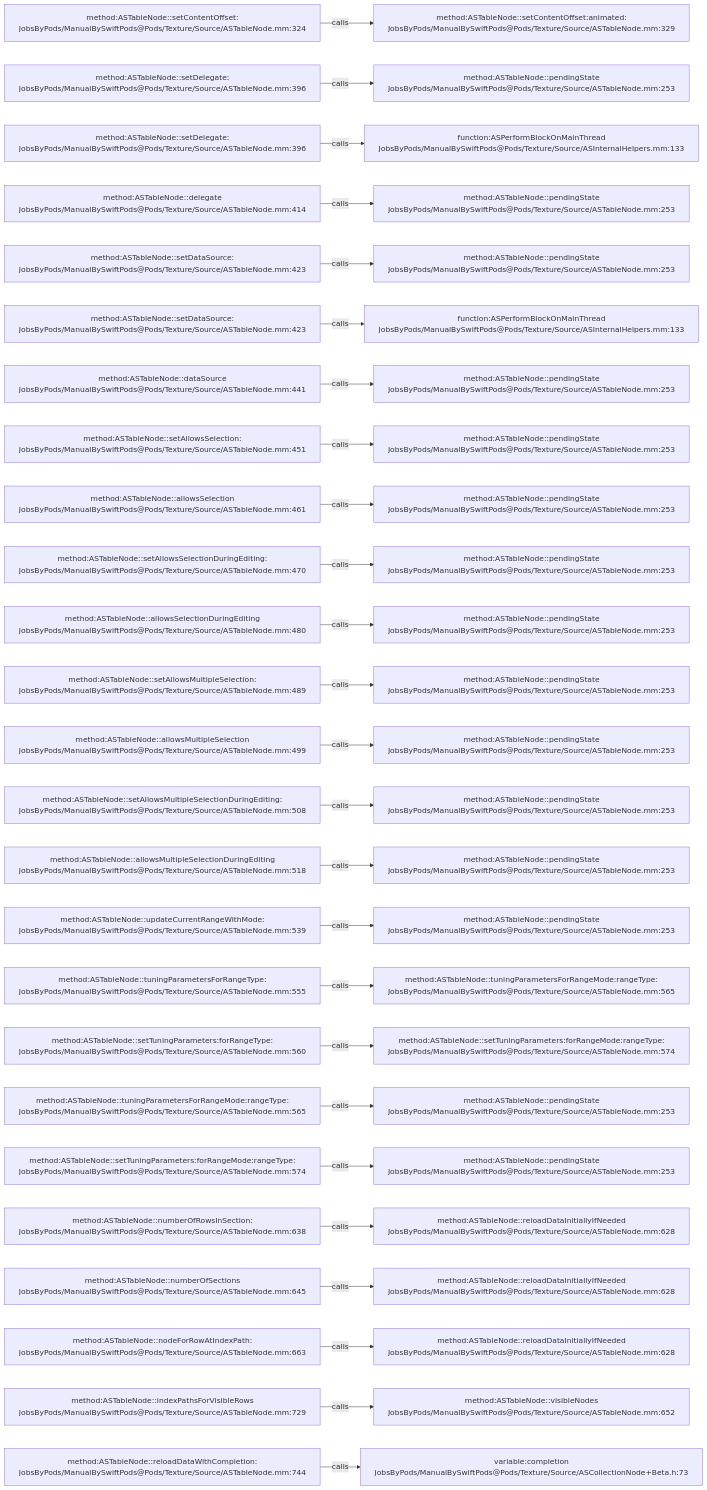
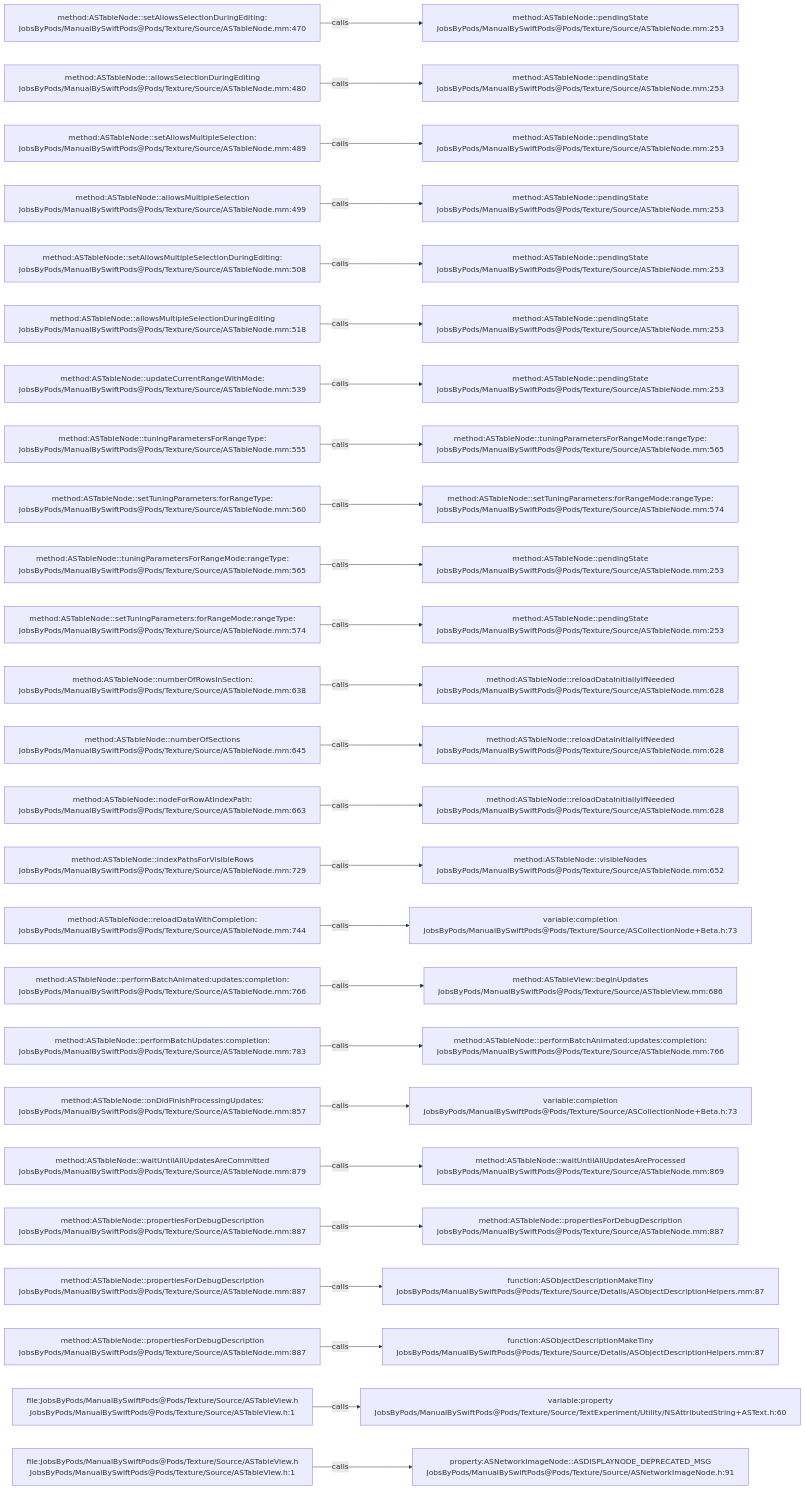
One commit to JobsKits/JobsSwiftBaseConfigDemo changed the diagram in .codegraph/codegraph.md/graphs/calls-056.md. Above: the diagram before and after it, drawn with Mermaid. The commit also changed 707 other files, not shown here.

````diff
--- a/.codegraph/codegraph.md/graphs/calls-056.md
+++ b/.codegraph/codegraph.md/graphs/calls-056.md
@@ -13,78 +13,78 @@
 ```mermaid
 flowchart LR
-  S1["method:ASTableNode::setContentOffset:<br/>JobsByPods/ManualBySwiftPods@Pods/Texture/Source/ASTableNode.mm:324"]
-  T1["method:ASTableNode::setContentOffset:animated:<br/>JobsByPods/ManualBySwiftPods@Pods/Texture/Source/ASTableNode.mm:329"]
+  S1["method:ASTableNode::setAllowsSelectionDuringEditing:<br/>JobsByPods/ManualBySwiftPods@Pods/Texture/Source/ASTableNode.mm:470"]
+  T1["method:ASTableNode::pendingState<br/>JobsByPods/ManualBySwiftPods@Pods/Texture/Source/ASTableNode.mm:253"]
   S1 -->|calls| T1
-  S2["method:ASTableNode::setDelegate:<br/>JobsByPods/ManualBySwiftPods@Pods/Texture/Source/ASTableNode.mm:396"]
+  S2["method:ASTableNode::allowsSelectionDuringEditing<br/>JobsByPods/ManualBySwiftPods@Pods/Texture/Source/ASTableNode.mm:480"]
   T2["method:ASTableNode::pendingState<br/>JobsByPods/ManualBySwiftPods@Pods/Texture/Source/ASTableNode.mm:253"]
   S2 -->|calls| T2
-  S3["method:ASTableNode::setDelegate:<br/>JobsByPods/ManualBySwiftPods@Pods/Texture/Source/ASTableNode.mm:396"]
-  T3["function:ASPerformBlockOnMainThread<br/>JobsByPods/ManualBySwiftPods@Pods/Texture/Source/ASInternalHelpers.mm:133"]
+  S3["method:ASTableNode::setAllowsMultipleSelection:<br/>JobsByPods/ManualBySwiftPods@Pods/Texture/Source/ASTableNode.mm:489"]
+  T3["method:ASTableNode::pendingState<br/>JobsByPods/ManualBySwiftPods@Pods/Texture/Source/ASTableNode.mm:253"]
   S3 -->|calls| T3
-  S4["method:ASTableNode::delegate<br/>JobsByPods/ManualBySwiftPods@Pods/Texture/Source/ASTableNode.mm:414"]
+  S4["method:ASTableNode::allowsMultipleSelection<br/>JobsByPods/ManualBySwiftPods@Pods/Texture/Source/ASTableNode.mm:499"]
   T4["method:ASTableNode::pendingState<br/>JobsByPods/ManualBySwiftPods@Pods/Texture/Source/ASTableNode.mm:253"]
   S4 -->|calls| T4
-  S5["method:ASTableNode::setDataSource:<br/>JobsByPods/ManualBySwiftPods@Pods/Texture/Source/ASTableNode.mm:423"]
+  S5["method:ASTableNode::setAllowsMultipleSelectionDuringEditing:<br/>JobsByPods/ManualBySwiftPods@Pods/Texture/Source/ASTableNode.mm:508"]
   T5["method:ASTableNode::pendingState<br/>JobsByPods/ManualBySwiftPods@Pods/Texture/Source/ASTableNode.mm:253"]
   S5 -->|calls| T5
-  S6["method:ASTableNode::setDataSource:<br/>JobsByPods/ManualBySwiftPods@Pods/Texture/Source/ASTableNode.mm:423"]
-  T6["function:ASPerformBlockOnMainThread<br/>JobsByPods/ManualBySwiftPods@Pods/Texture/Source/ASInternalHelpers.mm:133"]
+  S6["method:ASTableNode::allowsMultipleSelectionDuringEditing<br/>JobsByPods/ManualBySwiftPods@Pods/Texture/Source/ASTableNode.mm:518"]
+  T6["method:ASTableNode::pendingState<br/>JobsByPods/ManualBySwiftPods@Pods/Texture/Source/ASTableNode.mm:253"]
   S6 -->|calls| T6
-  S7["method:ASTableNode::dataSource<br/>JobsByPods/ManualBySwiftPods@Pods/Texture/Source/ASTableNode.mm:441"]
+  S7["method:ASTableNode::updateCurrentRangeWithMode:<br/>JobsByPods/ManualBySwiftPods@Pods/Texture/Source/ASTableNode.mm:539"]
   T7["method:ASTableNode::pendingState<br/>JobsByPods/ManualBySwiftPods@Pods/Texture/Source/ASTableNode.mm:253"]
   S7 -->|calls| T7
-  S8["method:ASTableNode::setAllowsSelection:<br/>JobsByPods/ManualBySwiftPods@Pods/Texture/Source/ASTableNode.mm:451"]
-  T8["method:ASTableNode::pendingState<br/>JobsByPods/ManualBySwiftPods@Pods/Texture/Source/ASTableNode.mm:253"]
+  S8["method:ASTableNode::tuningParametersForRangeType:<br/>JobsByPods/ManualBySwiftPods@Pods/Texture/Source/ASTableNode.mm:555"]
+  T8["method:ASTableNode::tuningParametersForRangeMode:rangeType:<br/>JobsByPods/ManualBySwiftPods@Pods/Texture/Source/ASTableNode.mm:565"]
   S8 -->|calls| T8
-  S9["method:ASTableNode::allowsSelection<br/>JobsByPods/ManualBySwiftPods@Pods/Texture/Source/ASTableNode.mm:461"]
-  T9["method:ASTableNode::pendingState<br/>JobsByPods/ManualBySwiftPods@Pods/Texture/Source/ASTableNode.mm:253"]
+  S9["method:ASTableNode::setTuningParameters:forRangeType:<br/>JobsByPods/ManualBySwiftPods@Pods/Texture/Source/ASTableNode.mm:560"]
+  T9["method:ASTableNode::setTuningParameters:forRangeMode:rangeType:<br/>JobsByPods/ManualBySwiftPods@Pods/Texture/Source/ASTableNode.mm:574"]
   S9 -->|calls| T9
-  S10["method:ASTableNode::setAllowsSelectionDuringEditing:<br/>JobsByPods/ManualBySwiftPods@Pods/Texture/Source/ASTableNode.mm:470"]
+  S10["method:ASTableNode::tuningParametersForRangeMode:rangeType:<br/>JobsByPods/ManualBySwiftPods@Pods/Texture/Source/ASTableNode.mm:565"]
   T10["method:ASTableNode::pendingState<br/>JobsByPods/ManualBySwiftPods@Pods/Texture/Source/ASTableNode.mm:253"]
   S10 -->|calls| T10
-  S11["method:ASTableNode::allowsSelectionDuringEditing<br/>JobsByPods/ManualBySwiftPods@Pods/Texture/Source/ASTableNode.mm:480"]
+  S11["method:ASTableNode::setTuningParameters:forRangeMode:rangeType:<br/>JobsByPods/ManualBySwiftPods@Pods/Texture/Source/ASTableNode.mm:574"]
   T11["method:ASTableNode::pendingState<br/>JobsByPods/ManualBySwiftPods@Pods/Texture/Source/ASTableNode.mm:253"]
   S11 -->|calls| T11
-  S12["method:ASTableNode::setAllowsMultipleSelection:<br/>JobsByPods/ManualBySwiftPods@Pods/Texture/Source/ASTableNode.mm:489"]
-  T12["method:ASTableNode::pendingState<br/>JobsByPods/ManualBySwiftPods@Pods/Texture/Source/ASTableNode.mm:253"]
+  S12["method:ASTableNode::numberOfRowsInSection:<br/>JobsByPods/ManualBySwiftPods@Pods/Texture/Source/ASTableNode.mm:638"]
+  T12["method:ASTableNode::reloadDataInitiallyIfNeeded<br/>JobsByPods/ManualBySwiftPods@Pods/Texture/Source/ASTableNode.mm:628"]
   S12 -->|calls| T12
-  S13["method:ASTableNode::allowsMultipleSelection<br/>JobsByPods/ManualBySwiftPods@Pods/Texture/Source/ASTableNode.mm:499"]
-  T13["method:ASTableNode::pendingState<br/>JobsByPods/ManualBySwiftPods@Pods/Texture/Source/ASTableNode.mm:253"]
+  S13["method:ASTableNode::numberOfSections<br/>JobsByPods/ManualBySwiftPods@Pods/Texture/Source/ASTableNode.mm:645"]
+  T13["method:ASTableNode::reloadDataInitiallyIfNeeded<br/>JobsByPods/ManualBySwiftPods@Pods/Texture/Source/ASTableNode.mm:628"]
   S13 -->|calls| T13
-  S14["method:ASTableNode::setAllowsMultipleSelectionDuringEditing:<br/>JobsByPods/ManualBySwiftPods@Pods/Texture/Source/ASTableNode.mm:508"]
-  T14["method:ASTableNode::pendingState<br/>JobsByPods/ManualBySwiftPods@Pods/Texture/Source/ASTableNode.mm:253"]
+  S14["method:ASTableNode::nodeForRowAtIndexPath:<br/>JobsByPods/ManualBySwiftPods@Pods/Texture/Source/ASTableNode.mm:663"]
+  T14["method:ASTableNode::reloadDataInitiallyIfNeeded<br/>JobsByPods/ManualBySwiftPods@Pods/Texture/Source/ASTableNode.mm:628"]
   S14 -->|calls| T14
-  S15["method:ASTableNode::allowsMultipleSelectionDuringEditing<br/>JobsByPods/ManualBySwiftPods@Pods/Texture/Source/ASTableNode.mm:518"]
-  T15["method:ASTableNode::pendingState<br/>JobsByPods/ManualBySwiftPods@Pods/Texture/Source/ASTableNode.mm:253"]
+  S15["method:ASTableNode::indexPathsForVisibleRows<br/>JobsByPods/ManualBySwiftPods@Pods/Texture/Source/ASTableNode.mm:729"]
+  T15["method:ASTableNode::visibleNodes<br/>JobsByPods/ManualBySwiftPods@Pods/Texture/Source/ASTableNode.mm:652"]
   S15 -->|calls| T15
-  S16["method:ASTableNode::updateCurrentRangeWithMode:<br/>JobsByPods/ManualBySwiftPods@Pods/Texture/Source/ASTableNode.mm:539"]
-  T16["method:ASTableNode::pendingState<br/>JobsByPods/ManualBySwiftPods@Pods/Texture/Source/ASTableNode.mm:253"]
+  S16["method:ASTableNode::reloadDataWithCompletion:<br/>JobsByPods/ManualBySwiftPods@Pods/Texture/Source/ASTableNode.mm:744"]
+  T16["variable:completion<br/>JobsByPods/ManualBySwiftPods@Pods/Texture/Source/ASCollectionNode+Beta.h:73"]
   S16 -->|calls| T16
-  S17["method:ASTableNode::tuningParametersForRangeType:<br/>JobsByPods/ManualBySwiftPods@Pods/Texture/Source/ASTableNode.mm:555"]
-  T17["method:ASTableNode::tuningParametersForRangeMode:rangeType:<br/>JobsByPods/ManualBySwiftPods@Pods/Texture/Source/ASTableNode.mm:565"]
+  S17["method:ASTableNode::performBatchAnimated:updates:completion:<br/>JobsByPods/ManualBySwiftPods@Pods/Texture/Source/ASTableNode.mm:766"]
+  T17["method:ASTableView::beginUpdates<br/>JobsByPods/ManualBySwiftPods@Pods/Texture/Source/ASTableView.mm:686"]
   S17 -->|calls| T17
-  S18["method:ASTableNode::setTuningParameters:forRangeType:<br/>JobsByPods/ManualBySwiftPods@Pods/Texture/Source/ASTableNode.mm:560"]
-  T18["method:ASTableNode::setTuningParameters:forRangeMode:rangeType:<br/>JobsByPods/ManualBySwiftPods@Pods/Texture/Source/ASTableNode.mm:574"]
+  S18["method:ASTableNode::performBatchUpdates:completion:<br/>JobsByPods/ManualBySwiftPods@Pods/Texture/Source/ASTableNode.mm:783"]
+  T18["method:ASTableNode::performBatchAnimated:updates:completion:<br/>JobsByPods/ManualBySwiftPods@Pods/Texture/Source/ASTableNode.mm:766"]
   S18 -->|calls| T18
-  S19["method:ASTableNode::tuningParametersForRangeMode:rangeType:<br/>JobsByPods/ManualBySwiftPods@Pods/Texture/Source/ASTableNode.mm:565"]
-  T19["method:ASTableNode::pendingState<br/>JobsByPods/ManualBySwiftPods@Pods/Texture/Source/ASTableNode.mm:253"]
+  S19["method:ASTableNode::onDidFinishProcessingUpdates:<br/>JobsByPods/ManualBySwiftPods@Pods/Texture/Source/ASTableNode.mm:857"]
+  T19["variable:completion<br/>JobsByPods/ManualBySwiftPods@Pods/Texture/Source/ASCollectionNode+Beta.h:73"]
   S19 -->|calls| T19
-  S20["method:ASTableNode::setTuningParameters:forRangeMode:rangeType:<br/>JobsByPods/ManualBySwiftPods@Pods/Texture/Source/ASTableNode.mm:574"]
-  T20["method:ASTableNode::pendingState<br/>JobsByPods/ManualBySwiftPods@Pods/Texture/Source/ASTableNode.mm:253"]
+  S20["method:ASTableNode::waitUntilAllUpdatesAreCommitted<br/>JobsByPods/ManualBySwiftPods@Pods/Texture/Source/ASTableNode.mm:879"]
+  T20["method:ASTableNode::waitUntilAllUpdatesAreProcessed<br/>JobsByPods/ManualBySwiftPods@Pods/Texture/Source/ASTableNode.mm:869"]
   S20 -->|calls| T20
-  S21["method:ASTableNode::numberOfRowsInSection:<br/>JobsByPods/ManualBySwiftPods@Pods/Texture/Source/ASTableNode.mm:638"]
-  T21["method:ASTableNode::reloadDataInitiallyIfNeeded<br/>JobsByPods/ManualBySwiftPods@Pods/Texture/Source/ASTableNode.mm:628"]
+  S21["method:ASTableNode::propertiesForDebugDescription<br/>JobsByPods/ManualBySwiftPods@Pods/Texture/Source/ASTableNode.mm:887"]
+  T21["method:ASTableNode::propertiesForDebugDescription<br/>JobsByPods/ManualBySwiftPods@Pods/Texture/Source/ASTableNode.mm:887"]
   S21 -->|calls| T21
-  S22["method:ASTableNode::numberOfSections<br/>JobsByPods/ManualBySwiftPods@Pods/Texture/Source/ASTableNode.mm:645"]
-  T22["method:ASTableNode::reloadDataInitiallyIfNeeded<br/>JobsByPods/ManualBySwiftPods@Pods/Texture/Source/ASTableNode.mm:628"]
+  S22["method:ASTableNode::propertiesForDebugDescription<br/>JobsByPods/ManualBySwiftPods@Pods/Texture/Source/ASTableNode.mm:887"]
+  T22["function:ASObjectDescriptionMakeTiny<br/>JobsByPods/ManualBySwiftPods@Pods/Texture/Source/Details/ASObjectDescriptionHelpers.mm:87"]
   S22 -->|calls| T22
-  S23["method:ASTableNode::nodeForRowAtIndexPath:<br/>JobsByPods/ManualBySwiftPods@Pods/Texture/Source/ASTableNode.mm:663"]
-  T23["method:ASTableNode::reloadDataInitiallyIfNeeded<br/>JobsByPods/ManualBySwiftPods@Pods/Texture/Source/ASTableNode.mm:628"]
+  S23["method:ASTableNode::propertiesForDebugDescription<br/>JobsByPods/ManualBySwiftPods@Pods/Texture/Source/ASTableNode.mm:887"]
+  T23["function:ASObjectDescriptionMakeTiny<br/>JobsByPods/ManualBySwiftPods@Pods/Texture/Source/Details/ASObjectDescriptionHelpers.mm:87"]
   S23 -->|calls| T23
-  S24["method:ASTableNode::indexPathsForVisibleRows<br/>JobsByPods/ManualBySwiftPods@Pods/Texture/Source/ASTableNode.mm:729"]
-  T24["method:ASTableNode::visibleNodes<br/>JobsByPods/ManualBySwiftPods@Pods/Texture/Source/ASTableNode.mm:652"]
+  S24["file:JobsByPods/ManualBySwiftPods@Pods/Texture/Source/ASTableView.h<br/>JobsByPods/ManualBySwiftPods@Pods/Texture/Source/ASTableView.h:1"]
+  T24["variable:property<br/>JobsByPods/ManualBySwiftPods@Pods/Texture/Source/TextExperiment/Utility/NSAttributedString+ASText.h:60"]
   S24 -->|calls| T24
-  S25["method:ASTableNode::reloadDataWithCompletion:<br/>JobsByPods/ManualBySwiftPods@Pods/Texture/Source/ASTableNode.mm:744"]
-  T25["variable:completion<br/>JobsByPods/ManualBySwiftPods@Pods/Texture/Source/ASCollectionNode+Beta.h:73"]
+  S25["file:JobsByPods/ManualBySwiftPods@Pods/Texture/Source/ASTableView.h<br/>JobsByPods/ManualBySwiftPods@Pods/Texture/Source/ASTableView.h:1"]
+  T25["property:ASNetworkImageNode::ASDISPLAYNODE_DEPRECATED_MSG<br/>JobsByPods/ManualBySwiftPods@Pods/Texture/Source/ASNetworkImageNode.h:91"]
   S25 -->|calls| T25
 ```
````
